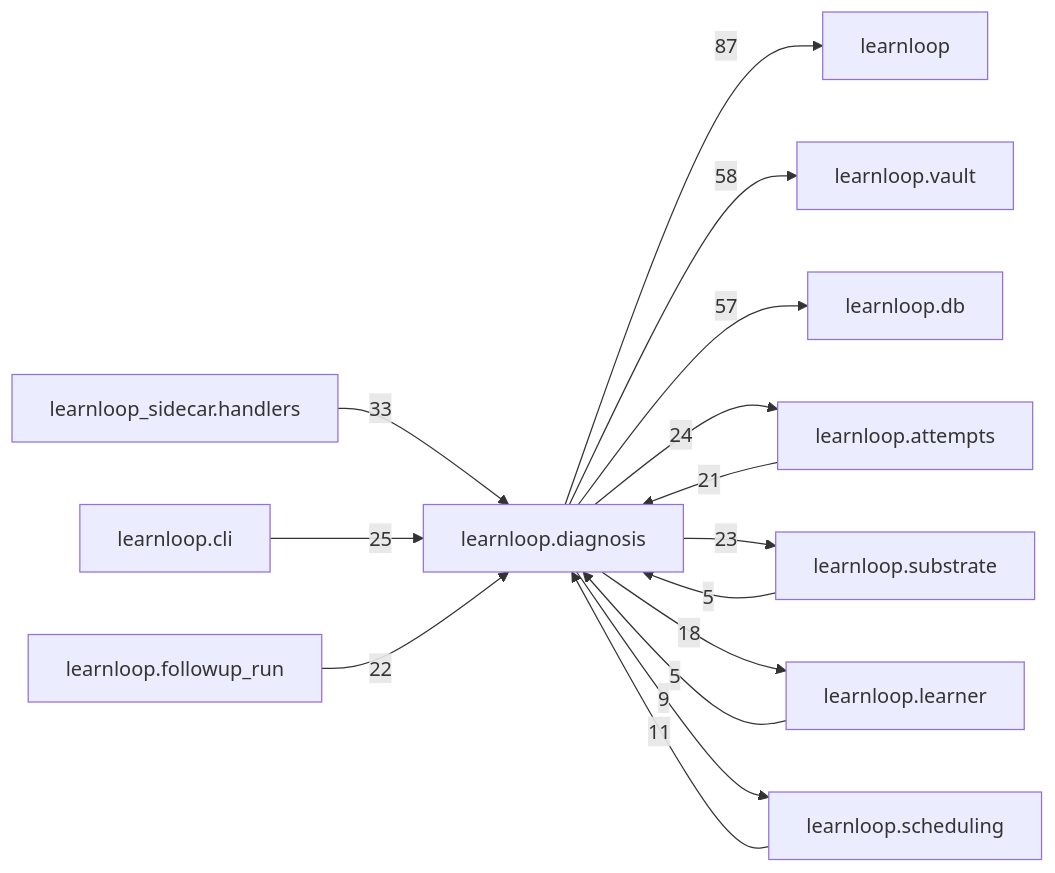
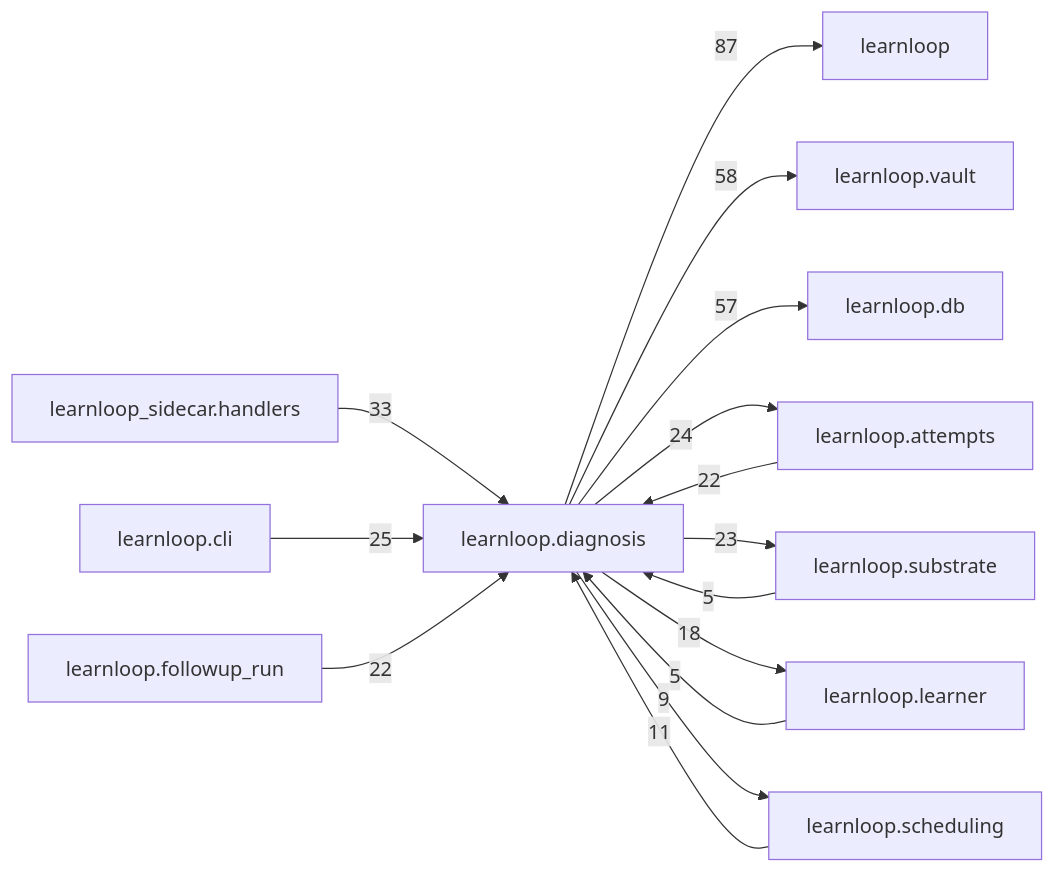
The diagram in docs/learnloop-architecture-vault/Reference/Modules/learnloop/diagnosis/_package.md (6up-b/learnanything), drawn with Mermaid before and after one commit. The commit also changed other lines of this file and 95 other files, not shown here.

````diff
--- a/docs/learnloop-architecture-vault/Reference/Modules/learnloop/diagnosis/_package.md
+++ b/docs/learnloop-architecture-vault/Reference/Modules/learnloop/diagnosis/_package.md
@@ -256,28 +256,28 @@
 ```mermaid
 flowchart LR
     center["learnloop.diagnosis"]
     n_learnloop["learnloop"]
     n_learnloop_vault["learnloop.vault"]
     n_learnloop_db["learnloop.db"]
     n_learnloop_attempts["learnloop.attempts"]
     n_learnloop_sidecar_handlers["learnloop_sidecar.handlers"]
     n_learnloop_substrate["learnloop.substrate"]
     n_learnloop_cli["learnloop.cli"]
     n_learnloop_learner["learnloop.learner"]
     n_learnloop_followup_run["learnloop.followup_run"]
     n_learnloop_scheduling["learnloop.scheduling"]
     center -->|87| n_learnloop
     center -->|58| n_learnloop_vault
     center -->|57| n_learnloop_db
-    n_learnloop_attempts -->|21| center
+    n_learnloop_attempts -->|22| center
     center -->|24| n_learnloop_attempts
     n_learnloop_sidecar_handlers -->|33| center
     n_learnloop_substrate -->|5| center
     center -->|23| n_learnloop_substrate
     n_learnloop_cli -->|25| center
     n_learnloop_learner -->|5| center
     center -->|18| n_learnloop_learner
     n_learnloop_followup_run -->|22| center
     n_learnloop_scheduling -->|11| center
     center -->|9| n_learnloop_scheduling
 ```
````
